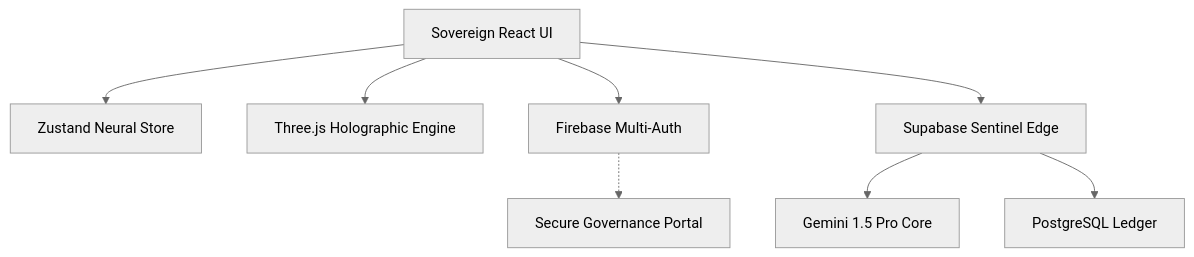
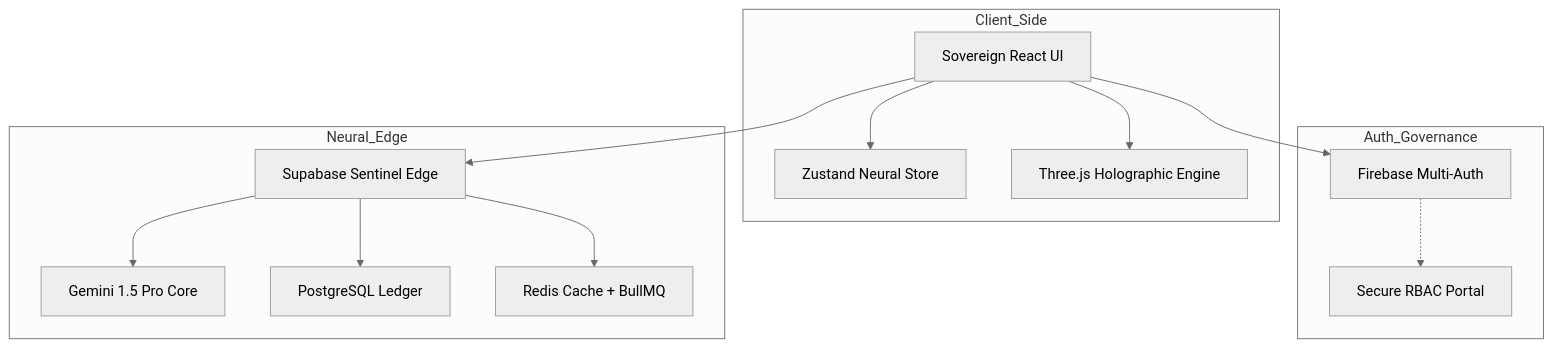
The diagram in unbiased-ai/README.md (KR-007J/unbiased-ai), drawn with Mermaid (neutral theme) before and after one commit. The commit also changed other lines of this file, not shown here.

````diff
--- a/unbiased-ai/README.md
+++ b/unbiased-ai/README.md
@@ -37,10 +52,17 @@
 ```mermaid
 graph TD
-    A[Sovereign React UI] --> B[Zustand Neural Store]
-    A --> C[Three.js Holographic Engine]
-    A --> D[Firebase Multi-Auth]
-    A --> E[Supabase Sentinel Edge]
-    E --> F[Gemini 1.5 Pro Core]
-    E --> G[PostgreSQL Ledger]
-    D -.-> H[Secure Governance Portal]
+    subgraph Client_Side
+        A[Sovereign React UI] --> B[Zustand Neural Store]
+        A --> C[Three.js Holographic Engine]
+    end
+    subgraph Auth_Governance
+        A --> D[Firebase Multi-Auth]
+        D -.-> H[Secure RBAC Portal]
+    end
+    subgraph Neural_Edge
+        A --> E[Supabase Sentinel Edge]
+        E --> F[Gemini 1.5 Pro Core]
+        E --> G[PostgreSQL Ledger]
+        E --> I[Redis Cache + BullMQ]
+    end
 ```
````
